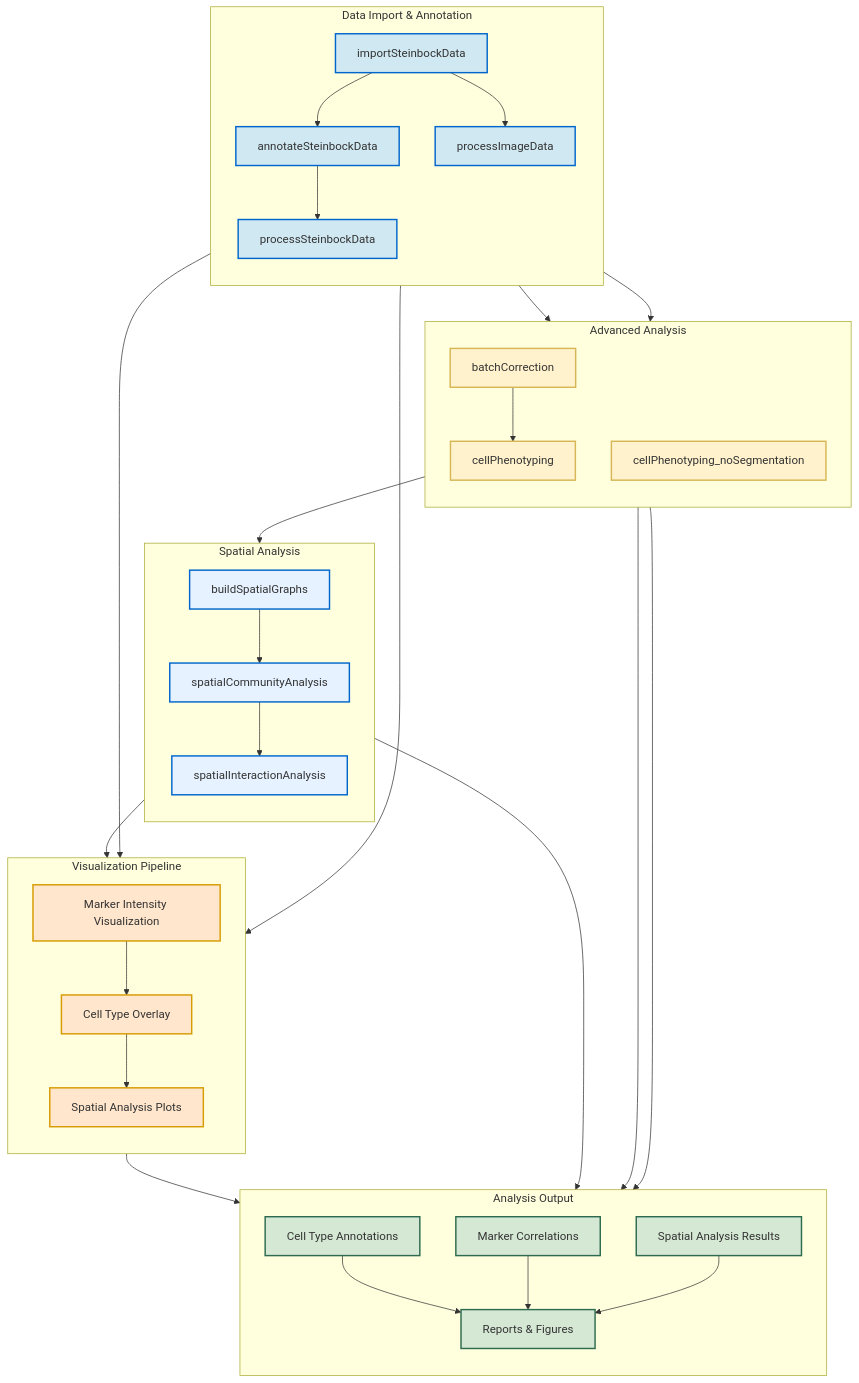
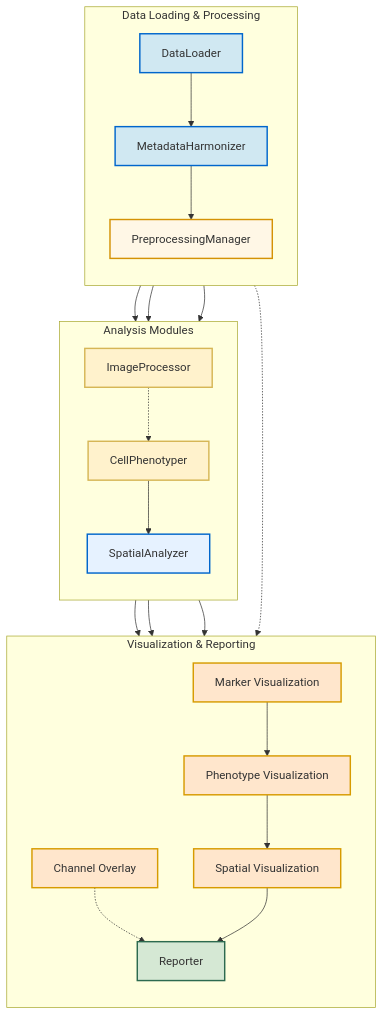
The diagram in README.md (ejmockler/IMC-workflow), drawn with Mermaid before and after one commit. The commit also changed other lines of this file and 7 other files, not shown here.

````diff
--- a/README.md
+++ b/README.md
@@ -7,77 +7,55 @@
 ```mermaid
 flowchart TD
 
-    %% -- Data Import & Annotation --
-    subgraph Import[Data Import & Annotation]
+    %% -- Data Loading & Processing --
+    subgraph Processing[Data Loading & Processing]
         direction TB
-        A1[importSteinbockData]:::inputNode
-        A2[annotateSteinbockData]:::inputNode
-        A3[processSteinbockData]:::inputNode
-        A4[processImageData]:::inputNode
+        A1[DataLoader]:::inputNode
+        A2[MetadataHarmonizer]:::inputNode
+        A3[PreprocessingManager]:::processNode
         
         A1 --> A2 --> A3
-        A1 --> A4
     end
 
-    %% -- Advanced Analysis --
-    subgraph Analysis[Advanced Analysis]
+    %% -- Analysis --
+    subgraph Analysis[Analysis Modules]
         direction TB
-        B1[batchCorrection]:::analysisNode
-        B2[cellPhenotyping]:::analysisNode
-        B3[cellPhenotyping_noSegmentation]:::analysisNode
+        B1[CellPhenotyper]:::analysisNode
+        B2[SpatialAnalyzer]:::spatialNode
+        B3[ImageProcessor]:::analysisNode
         
         B1 --> B2
-        A3 --> B1
-        A4 --> B3
+        B3 -.-> B1
     end
 
-    %% -- Spatial Analysis --
-    subgraph Spatial[Spatial Analysis]
+    %% -- Visualization & Reporting --
+    subgraph Visual[Visualization & Reporting]
         direction TB
-        S1[buildSpatialGraphs]:::spatialNode
-        S2[spatialCommunityAnalysis]:::spatialNode
-        S3[spatialInteractionAnalysis]:::spatialNode
-        
-        S1 --> S2 --> S3
-    end
-
-    %% -- Visualization --
-    subgraph Visual[Visualization Pipeline]
-        direction TB
-        C1[Marker Intensity Visualization]:::visualNode
-        C2[Cell Type Overlay]:::visualNode
-        C3[Spatial Analysis Plots]:::visualNode
+        C1[Marker Visualization]:::visualNode
+        C2[Phenotype Visualization]:::visualNode
+        C3[Spatial Visualization]:::visualNode
+        C4[Channel Overlay]:::visualNode
+        C5[Reporter]:::outputNode
         
         C1 --> C2 --> C3
-    end
-
-    %% -- Output --
-    subgraph Output[Analysis Output]
-        direction TB
-        D1[Cell Type Annotations]:::outputNode
-        D2[Marker Correlations]:::outputNode
-        D3[Reports & Figures]:::outputNode
-        D4[Spatial Analysis Results]:::outputNode
-        
-        D1 --> D3
-        D2 --> D3
-        D4 --> D3
+        C4 -.-> C5
+        C3 --> C5
     end
 
     %% Connections between phases
-    A3 --> C1
-    A4 --> C1
-    B2 --> D1
-    B2 --> S1
-    B3 --> D2
-    C3 --> D3
-    S3 --> C3
-    S3 --> D4
+    A3 --> B1
+    A3 --> B2
+    A1 --> B3
+    B1 --> C2
+    B2 --> C3
+    B3 --> C4
+    A1 -.-> C1
 
     %% Style Definitions
     classDef inputNode fill:#d0e8f2,stroke:#0066cc,stroke-width:2px,color:#333333;
+    classDef processNode fill:#fff7e6,stroke:#d49205,stroke-width:2px,color:#333333;
     classDef analysisNode fill:#fff2cc,stroke:#d6b656,stroke-width:2px,color:#333333;
     classDef visualNode fill:#ffe6cc,stroke:#d79b00,stroke-width:2px,color:#333333;
     classDef outputNode fill:#d5e8d4,stroke:#2d6a4f,stroke-width:2px,color:#333333;
     classDef spatialNode fill:#e6f2ff,stroke:#0066cc,stroke-width:2px,color:#333333;
 ```
````
